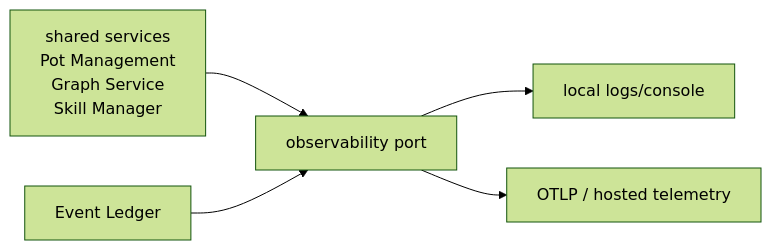
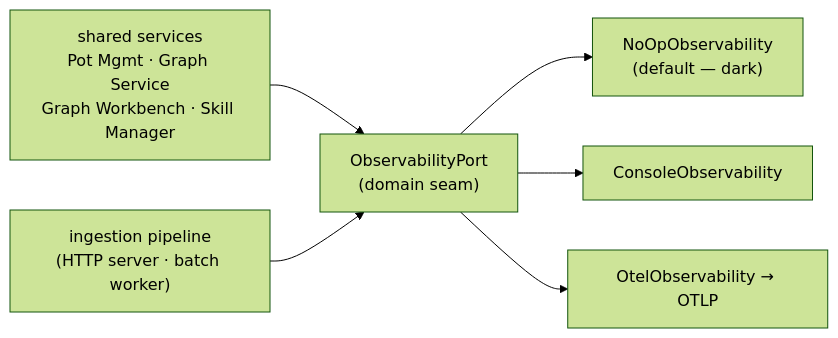
Before and after one commit to potpie-ai/potpie: the diagram in docs/context-graph/observability.md, drawn with Mermaid (forest theme). The commit also changed other lines of this file and 15 other files, not shown here.

First line of the commit message:
Refresh Context Graph docs (#962)

````diff
--- a/docs/context-graph/observability.md
+++ b/docs/context-graph/observability.md
@@ -11,13 +20,15 @@
 ```mermaid
 flowchart LR
-  cg_core["shared services<br/>Pot Management<br/>Graph Service<br/>Skill Manager"]
-  cg_ledger["Event Ledger"]
-  cg_observability_port["observability port"]
-  cg_local_sink["local logs/console"]
-  cg_hosted_sink["OTLP / hosted telemetry"]
+  obs_core["shared services<br/>Pot Mgmt · Graph Service<br/>Graph Workbench · Skill Manager"]
+  obs_ingest["ingestion pipeline<br/>(HTTP server · batch worker)"]
+  obs_port["ObservabilityPort<br/>(domain seam)"]
+  obs_noop["NoOpObservability<br/>(default — dark)"]
+  obs_console["ConsoleObservability"]
+  obs_otel["OtelObservability → OTLP"]
 
-  cg_core --> cg_observability_port
-  cg_ledger --> cg_observability_port
-  cg_observability_port --> cg_local_sink
-  cg_observability_port --> cg_hosted_sink
+  obs_core --> obs_port
+  obs_ingest --> obs_port
+  obs_port --> obs_noop
+  obs_port --> obs_console
+  obs_port --> obs_otel
 ```
````
